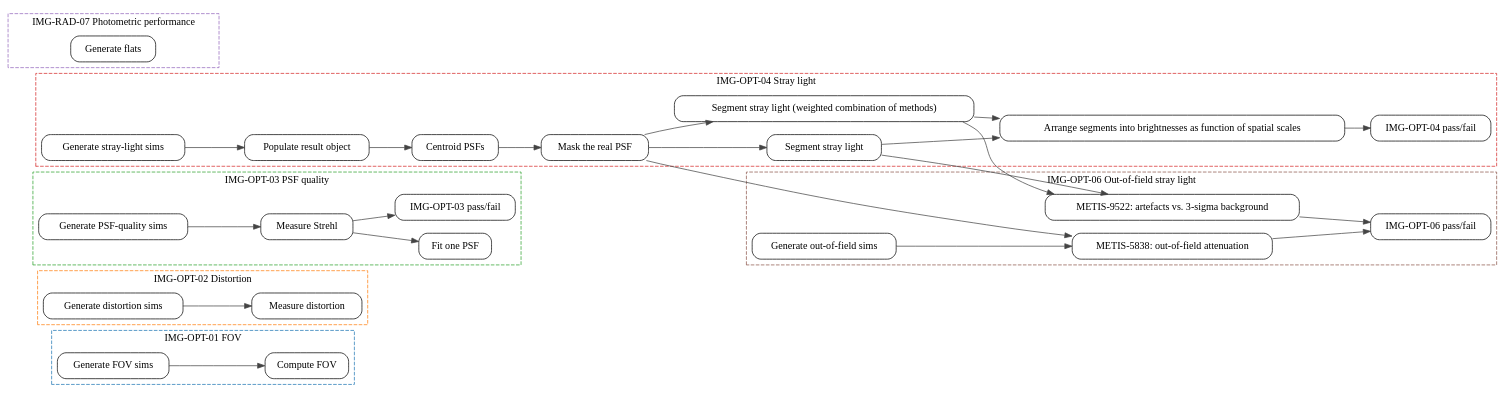
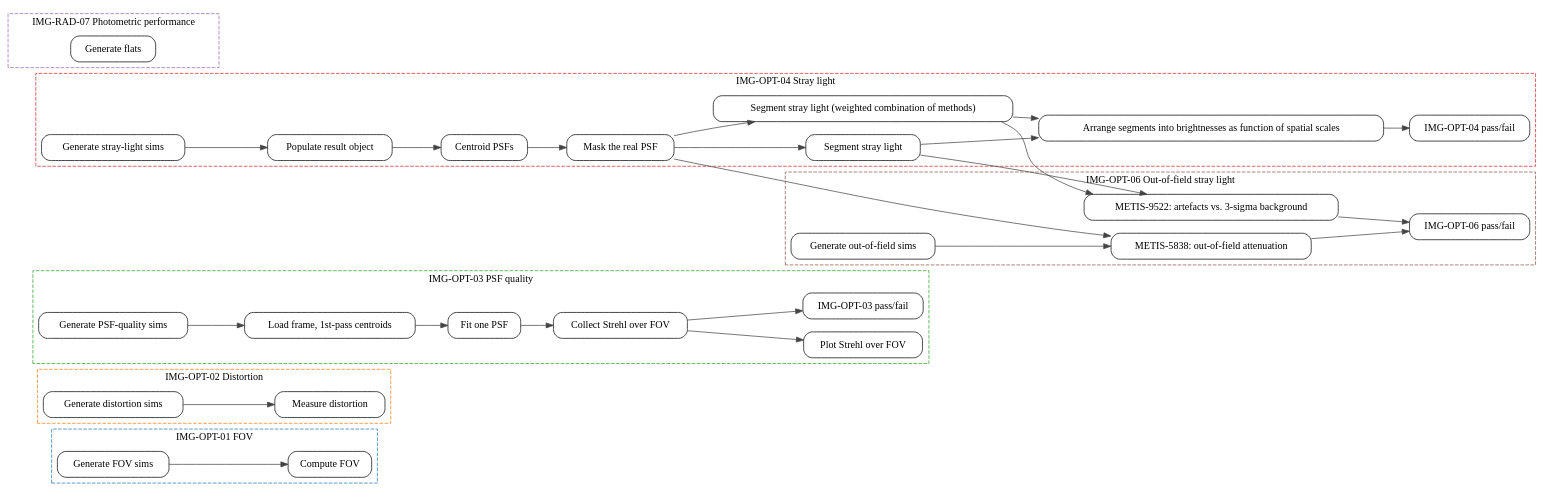
One commit to mwanakijiji/metis_work changed the diagram in docs/uml/pipeline_flow.dot. Above: the diagram before and after it, drawn with Graphviz. The commit also changed 7 other files, not shown here.

Commit message:
post-split of strehl_psfs

```diff
--- a/docs/uml/pipeline_flow.dot
+++ b/docs/uml/pipeline_flow.dot
@@ -1,104 +1,110 @@
 digraph pipeline {
   rankdir=LR;
   node [shape=box, style="rounded,filled", fillcolor="white"];
   edge [color="#444444"];
 
   subgraph cluster_img_opt_01_fov {
     label="IMG-OPT-01 FOV";
     style="dashed";
     color="#1f77b4";
     generate_fov_sim;
     fov_calc;
   }
 
   subgraph cluster_img_opt_02_distortion {
     label="IMG-OPT-02 Distortion";
     style="dashed";
     color="#ff7f0e";
     generate_distortion_sim;
     image_distortion;
   }
 
   subgraph cluster_img_opt_03_psf_quality {
     label="IMG-OPT-03 PSF quality";
     style="dashed";
     color="#2ca02c";
     generate_psf_quality_sim;
+    prepare_psf_grid;
     process_one_psf;
-    strehl_psfs;
+    collect_strehls;
+    plot_strehl_fov;
     img_03_test_outcome;
   }
 
   subgraph cluster_img_opt_04_stray_light {
     label="IMG-OPT-04 Stray light";
     style="dashed";
     color="#d62728";
     generate_stray_light_sim;
     populate_result_obj_info;
     stray_light_brightness_spectrum;
     img_04_test_outcome;
     centroid_2passes_oversample;
     stray_light_segmentation;
     stray_light_segmentation_combined;
     stray_light_mask_real;
   }
 
   subgraph cluster_img_opt_06_out_of_field_stray_light {
     label="IMG-OPT-06 Out-of-field stray light";
     style="dashed";
     color="#8c564b";
     generate_out_of_field_sim;
     metis_5838_attenuation;
     metis_9522_check;
     img_06_test_outcome;
   }
 
   subgraph cluster_img_rad_07_photometric_performance {
     label="IMG-RAD-07 Photometric performance";
     style="dashed";
     color="#9467bd";
     make_flat_frames;
   }
 
   generate_fov_sim [label="Generate FOV sims"];
   generate_distortion_sim [label="Generate distortion sims"];
   generate_psf_quality_sim [label="Generate PSF-quality sims"];
   generate_stray_light_sim [label="Generate stray-light sims"];
   generate_out_of_field_sim [label="Generate out-of-field sims"];
   make_flat_frames [label="Generate flats"];
   fov_calc [label="Compute FOV"];
   image_distortion [label="Measure distortion"];
+  prepare_psf_grid [label="Load frame, 1st-pass centroids"];
   process_one_psf [label="Fit one PSF"];
-  strehl_psfs [label="Measure Strehl"];
+  collect_strehls [label="Collect Strehl over FOV"];
+  plot_strehl_fov [label="Plot Strehl over FOV"];
   img_03_test_outcome [label="IMG-OPT-03 pass/fail"];
   populate_result_obj_info [label="Populate result object"];
   stray_light_brightness_spectrum [label="Arrange segments into brightnesses as function of spatial scales"];
   img_04_test_outcome [label="IMG-OPT-04 pass/fail"];
   centroid_2passes_oversample [label="Centroid PSFs"];
   stray_light_segmentation [label="Segment stray light"];
   stray_light_segmentation_combined [label="Segment stray light (weighted combination of methods)"];
   stray_light_mask_real [label="Mask the real PSF"];
   metis_5838_attenuation [label="METIS-5838: out-of-field attenuation"];
   metis_9522_check [label="METIS-9522: artefacts vs. 3-sigma background"];
   img_06_test_outcome [label="IMG-OPT-06 pass/fail"];
 
   generate_fov_sim -> fov_calc;
   generate_distortion_sim -> image_distortion;
-  strehl_psfs -> process_one_psf;
-  generate_psf_quality_sim -> strehl_psfs;
-  strehl_psfs -> img_03_test_outcome;
+  generate_psf_quality_sim -> prepare_psf_grid;
+  prepare_psf_grid -> process_one_psf;
+  process_one_psf -> collect_strehls;
+  collect_strehls -> plot_strehl_fov;
+  collect_strehls -> img_03_test_outcome;
   generate_stray_light_sim -> populate_result_obj_info;
   stray_light_segmentation -> stray_light_brightness_spectrum;
   stray_light_segmentation_combined -> stray_light_brightness_spectrum;
   stray_light_brightness_spectrum -> img_04_test_outcome;
   populate_result_obj_info -> centroid_2passes_oversample;
   stray_light_mask_real -> stray_light_segmentation;
   stray_light_mask_real -> stray_light_segmentation_combined;
   centroid_2passes_oversample -> stray_light_mask_real;
   generate_out_of_field_sim -> metis_5838_attenuation;
   stray_light_mask_real -> metis_5838_attenuation;
   stray_light_segmentation -> metis_9522_check;
   stray_light_segmentation_combined -> metis_9522_check;
   metis_5838_attenuation -> img_06_test_outcome;
   metis_9522_check -> img_06_test_outcome;
 }
```
